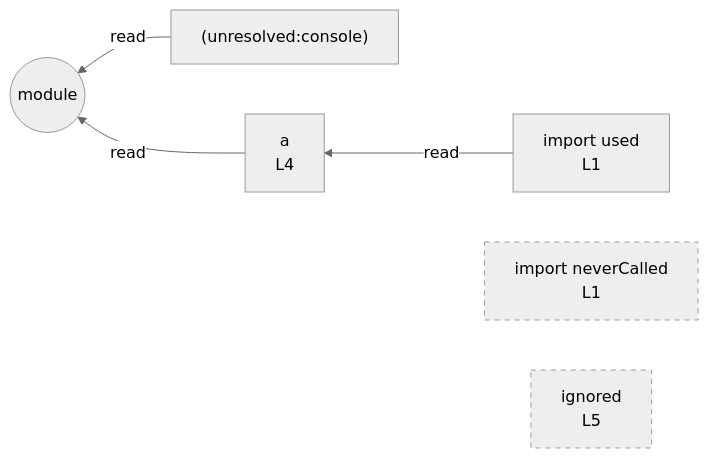
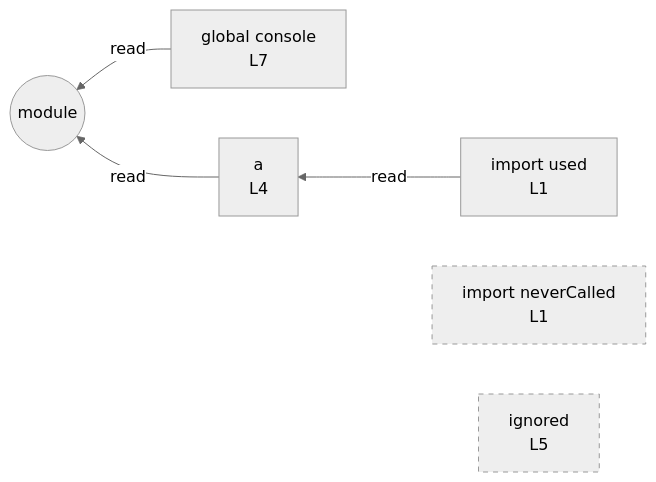
Before and after one commit to crescware/unsnarl: the diagram in integration/fixtures/unused-and-var/preview.md, drawn with Mermaid (neutral theme). The commit also changed 7 other files, not shown here.

First line of the commit message:
refactor(mermaid): unify ImplicitGlobalVariable label with the rest

````diff
--- a/integration/fixtures/unused-and-var/preview.md
+++ b/integration/fixtures/unused-and-var/preview.md
@@ -17,15 +17,15 @@
 ```mermaid
 flowchart RL
   n_scope_0_used_9["import used<br/>L1"]
   n_scope_0_neverCalled_15["import neverCalled<br/>L1"]
   n_scope_0_a_67["a<br/>L4"]
   n_scope_0_ignored_83["ignored<br/>L5"]
-  n_scope_0_console_98["(unresolved:console)"]
+  n_scope_0_console_98["global console<br/>L7"]
   n_scope_0_used_9 -->|read| n_scope_0_a_67
   n_scope_0_console_98 -->|read| module_root
   n_scope_0_a_67 -->|read| module_root
   module_root((module))
   classDef unused stroke-dasharray: 5 5;
   class n_scope_0_neverCalled_15 unused;
   class n_scope_0_ignored_83 unused;
 ```
````
